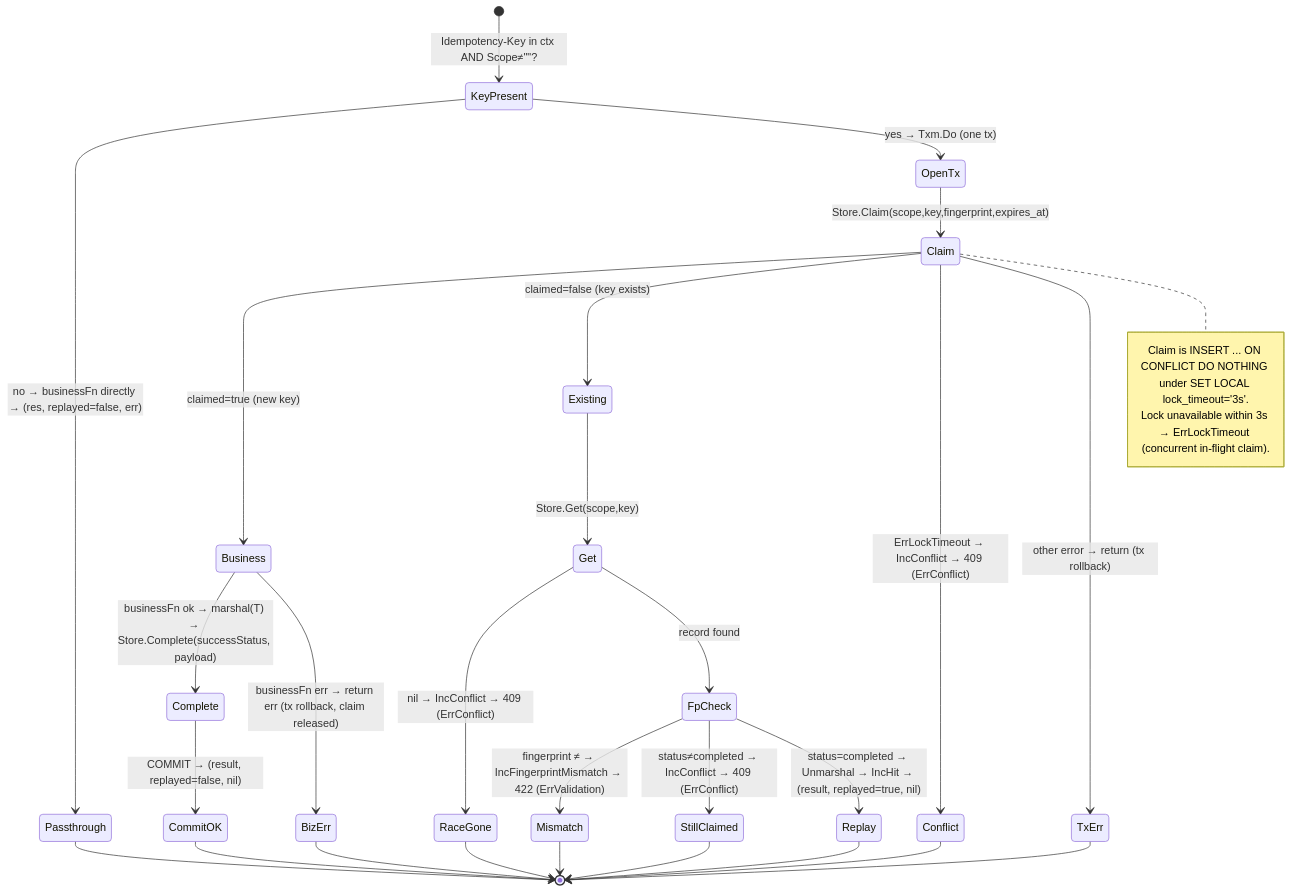
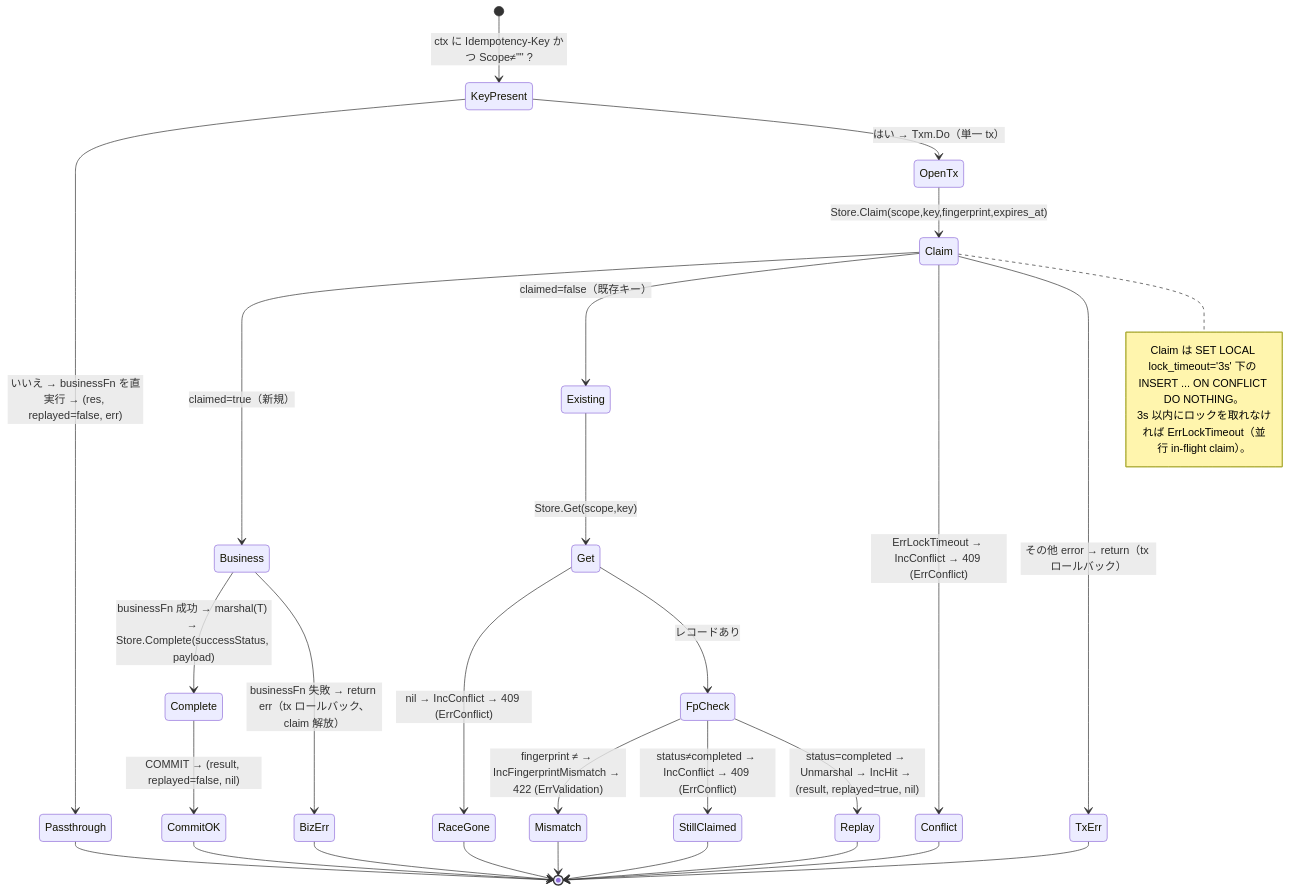
Before and after one commit to Tomy-ch/go-boilerplate: the second of 6 diagrams in docs/design/idempotency.md, drawn with Mermaid. The commit also changed other lines of this file and 970 other files, not shown here.

````diff
--- a/docs/design/idempotency.md
+++ b/docs/design/idempotency.md
@@ -56,38 +56,38 @@
 ```mermaid
 stateDiagram-v2
-    [*] --> KeyPresent: Idempotency-Key in ctx AND Scope≠""?
-    KeyPresent --> Passthrough: no → businessFn directly → (res, replayed=false, err)
-    KeyPresent --> OpenTx: yes → Txm.Do (one tx)
+    [*] --> KeyPresent: ctx に Idempotency-Key かつ Scope≠"" ?
+    KeyPresent --> Passthrough: いいえ → businessFn を直実行 → (res, replayed=false, err)
+    KeyPresent --> OpenTx: はい → Txm.Do（単一 tx）
     Passthrough --> [*]
 
     OpenTx --> Claim: Store.Claim(scope,key,fingerprint,expires_at)
-    Claim --> Business: claimed=true (new key)
-    Claim --> Existing: claimed=false (key exists)
+    Claim --> Business: claimed=true（新規）
+    Claim --> Existing: claimed=false（既存キー）
     Claim --> Conflict: ErrLockTimeout → IncConflict → 409 (ErrConflict)
-    Claim --> TxErr: other error → return (tx rollback)
+    Claim --> TxErr: その他 error → return（tx ロールバック）
 
-    Business --> Complete: businessFn ok → marshal(T) → Store.Complete(successStatus, payload)
-    Business --> BizErr: businessFn err → return err (tx rollback, claim released)
+    Business --> Complete: businessFn 成功 → marshal(T) → Store.Complete(successStatus, payload)
+    Business --> BizErr: businessFn 失敗 → return err（tx ロールバック、claim 解放）
     Complete --> CommitOK: COMMIT → (result, replayed=false, nil)
 
     Existing --> Get: Store.Get(scope,key)
     Get --> RaceGone: nil → IncConflict → 409 (ErrConflict)
-    Get --> FpCheck: record found
+    Get --> FpCheck: レコードあり
     FpCheck --> Mismatch: fingerprint ≠ → IncFingerprintMismatch → 422 (ErrValidation)
     FpCheck --> StillClaimed: status≠completed → IncConflict → 409 (ErrConflict)
     FpCheck --> Replay: status=completed → Unmarshal → IncHit → (result, replayed=true, nil)
 
     CommitOK --> [*]
     Conflict --> [*]
     TxErr --> [*]
     BizErr --> [*]
     RaceGone --> [*]
     Mismatch --> [*]
     StillClaimed --> [*]
     Replay --> [*]
 
     note right of Claim
-      Claim is INSERT ... ON CONFLICT DO NOTHING under SET LOCAL lock_timeout='3s'.
-      Lock unavailable within 3s → ErrLockTimeout (concurrent in-flight claim).
+      Claim は SET LOCAL lock_timeout='3s' 下の INSERT ... ON CONFLICT DO NOTHING。
+      3s 以内にロックを取れなければ ErrLockTimeout（並行 in-flight claim）。
     end note
 ```
````
